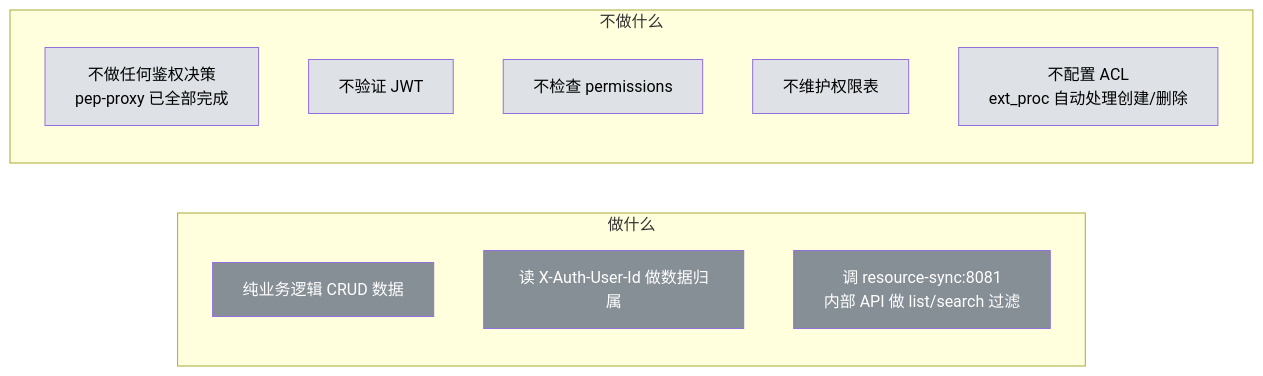
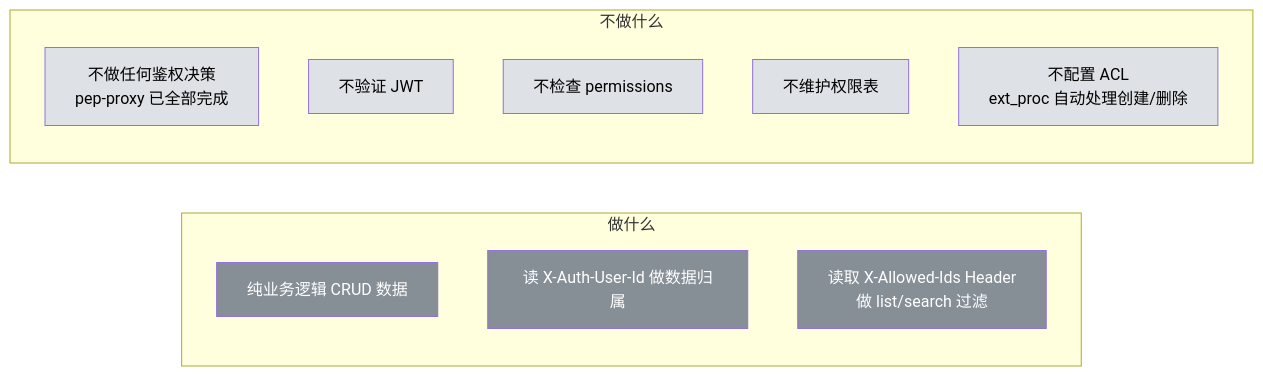
Before and after one commit to xiewanchao/aidp-iam: the ninth of 10 diagrams in diagrams/component-responsibility.md, drawn with Mermaid. The commit also changed other lines of this file and 43 other files, not shown here.

First line of the commit message:
feat: IAM v2.0 - groups model, resource ACL, ext_proc, API Key auth

````diff
--- a/diagrams/component-responsibility.md
+++ b/diagrams/component-responsibility.md
@@ -430,25 +434,25 @@
 ```mermaid
 flowchart LR
     subgraph 做什么
         A1[纯业务逻辑 CRUD 数据]
         A2[读 X-Auth-User-Id 做数据归属]
-        A3[调 resource-sync:8081<br/>内部 API 做 list/search 过滤]
+        A3[读取 X-Allowed-Ids Header<br/>做 list/search 过滤]
     end
 
     subgraph 不做什么
         B1[不做任何鉴权决策<br/>pep-proxy 已全部完成]
         B2[不验证 JWT]
         B3[不检查 permissions]
         B4[不维护权限表]
         B5[不配置 ACL<br/>ext_proc 自动处理创建/删除]
     end
 
     style A1 fill:#868e96,color:#fff
     style A2 fill:#868e96,color:#fff
     style A3 fill:#868e96,color:#fff
     style B1 fill:#dee2e6,color:#000
     style B2 fill:#dee2e6,color:#000
     style B3 fill:#dee2e6,color:#000
     style B4 fill:#dee2e6,color:#000
     style B5 fill:#dee2e6,color:#000
 ```
````
